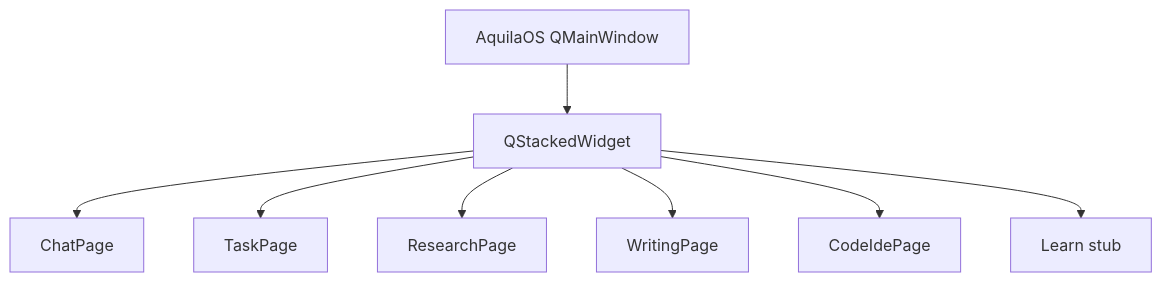
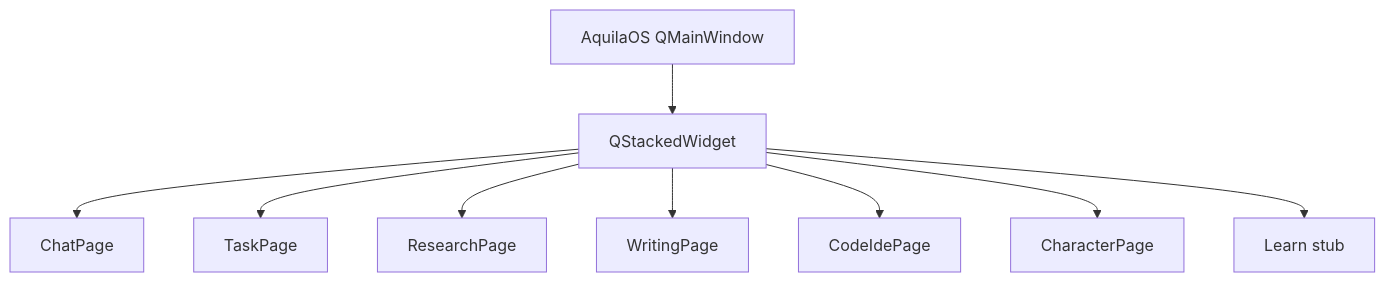
Before and after one commit to Xydra01/AquilaAI: the third of 3 diagrams in ARCHITECTURE.md, drawn with Mermaid. The commit also changed other lines of this file and 49 other files, not shown here.

````diff
--- a/ARCHITECTURE.md
+++ b/ARCHITECTURE.md
@@ -679,12 +712,13 @@
 ```mermaid
 flowchart TB
     Main[AquilaOS QMainWindow]
     Stack[QStackedWidget]
     Main --> Stack
     Stack --> ChatPage[ChatPage]
     Stack --> TaskPage[TaskPage]
     Stack --> ResearchPage[ResearchPage]
     Stack --> WritingPage[WritingPage]
     Stack --> CodeIDE[CodeIdePage]
+    Stack --> CharacterPage[CharacterPage]
     Stack --> LearnStub[Learn stub]
 ```
````
